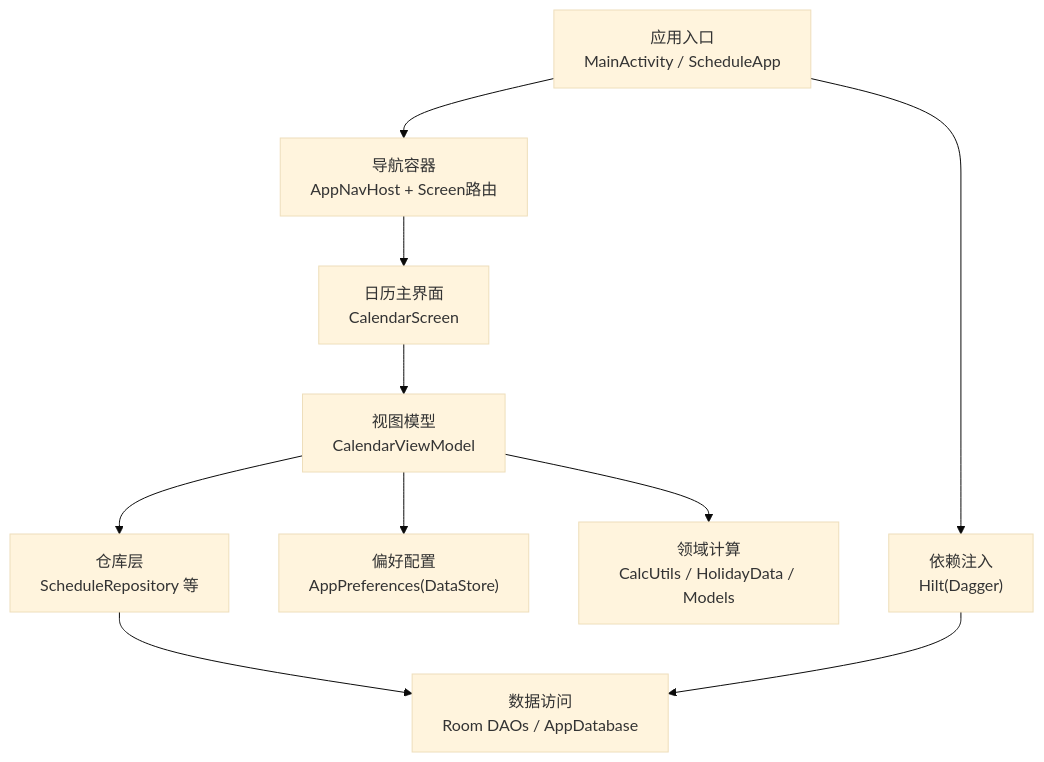
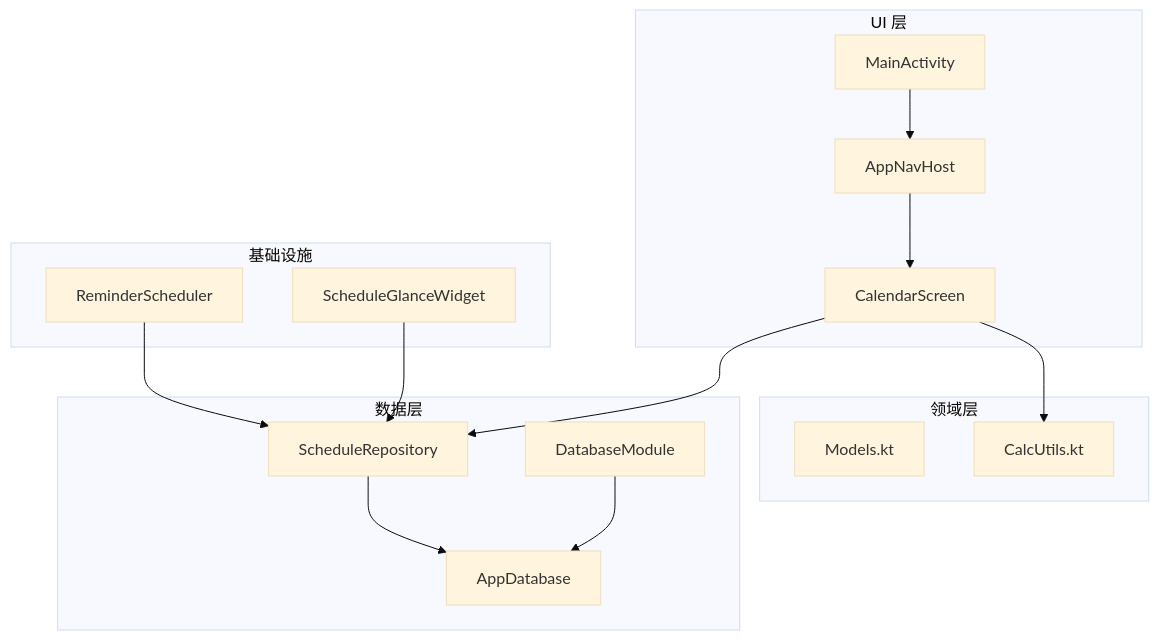
The first of 7 diagrams in .qoder/repowiki/zh/content/项目概述.md (xiaobai860/paibanrili), drawn with Mermaid (base theme) before and after one commit. The commit also changed other lines of this file and 245 other files, not shown here.

````diff
--- a/.qoder/repowiki/zh/content/项目概述.md
+++ b/.qoder/repowiki/zh/content/项目概述.md
@@ -63,12 +49,29 @@
 ```mermaid
 graph TB
-A["应用入口<br/>MainActivity / ScheduleApp"] --> B["导航容器<br/>AppNavHost + Screen路由"]
-B --> C["日历主界面<br/>CalendarScreen"]
-C --> D["视图模型<br/>CalendarViewModel"]
-D --> E["仓库层<br/>ScheduleRepository 等"]
-E --> F["数据访问<br/>Room DAOs / AppDatabase"]
-D --> G["偏好配置<br/>AppPreferences(DataStore)"]
-D --> H["领域计算<br/>CalcUtils / HolidayData / Models"]
-A --> I["依赖注入<br/>Hilt(Dagger)"]
-I --> F
+subgraph "UI 层"
+MainActivity["MainActivity"]
+AppNavHost["AppNavHost"]
+CalendarScreen["CalendarScreen"]
+end
+subgraph "领域层"
+Models["Models.kt"]
+CalcUtils["CalcUtils.kt"]
+end
+subgraph "数据层"
+AppDatabase["AppDatabase"]
+ScheduleRepo["ScheduleRepository"]
+DatabaseModule["DatabaseModule"]
+end
+subgraph "基础设施"
+ReminderScheduler["ReminderScheduler"]
+ScheduleGlanceWidget["ScheduleGlanceWidget"]
+end
+MainActivity --> AppNavHost
+AppNavHost --> CalendarScreen
+CalendarScreen --> ScheduleRepo
+ScheduleRepo --> AppDatabase
+DatabaseModule --> AppDatabase
+CalendarScreen --> CalcUtils
+ScheduleGlanceWidget --> ScheduleRepo
+ReminderScheduler --> ScheduleRepo
 ```
````
